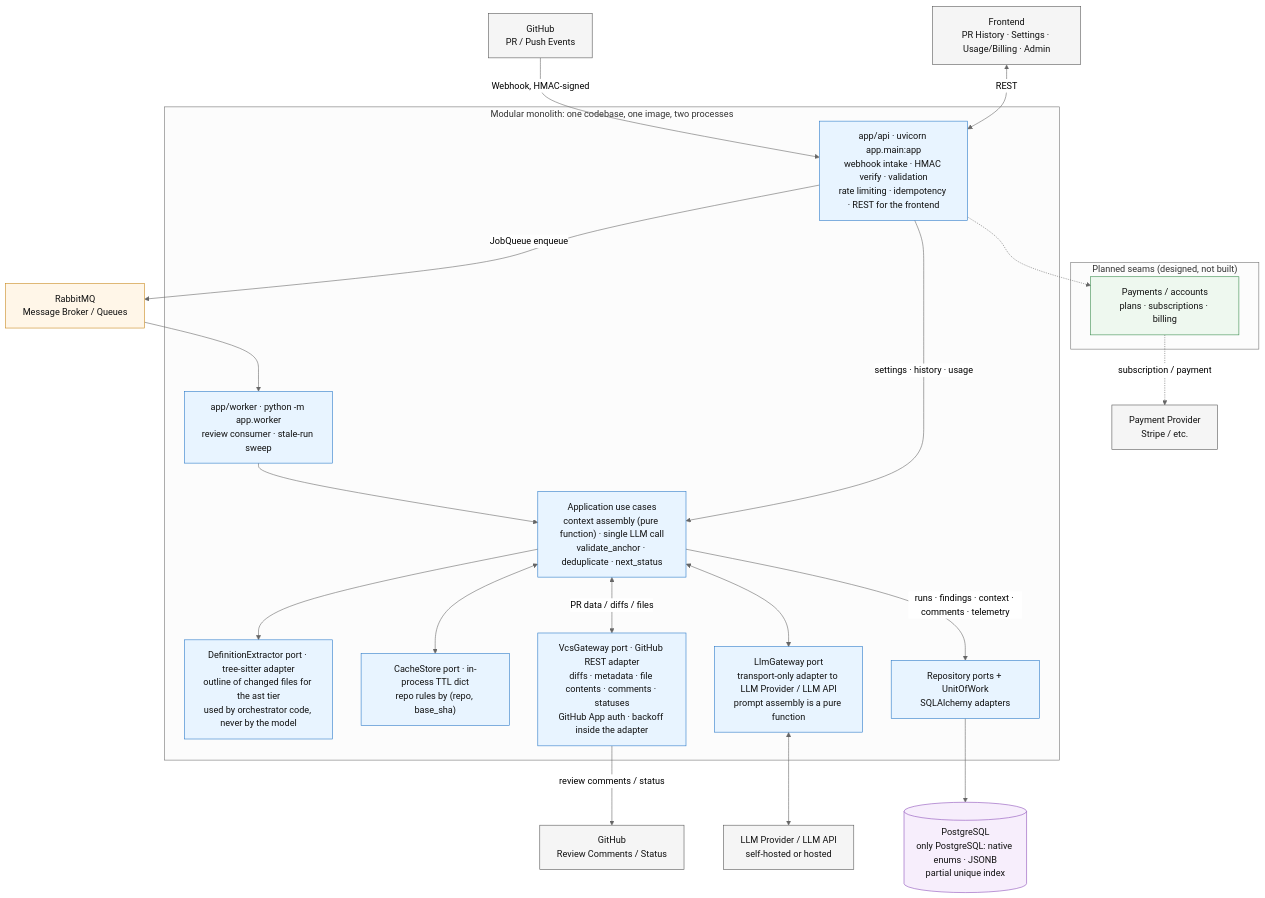
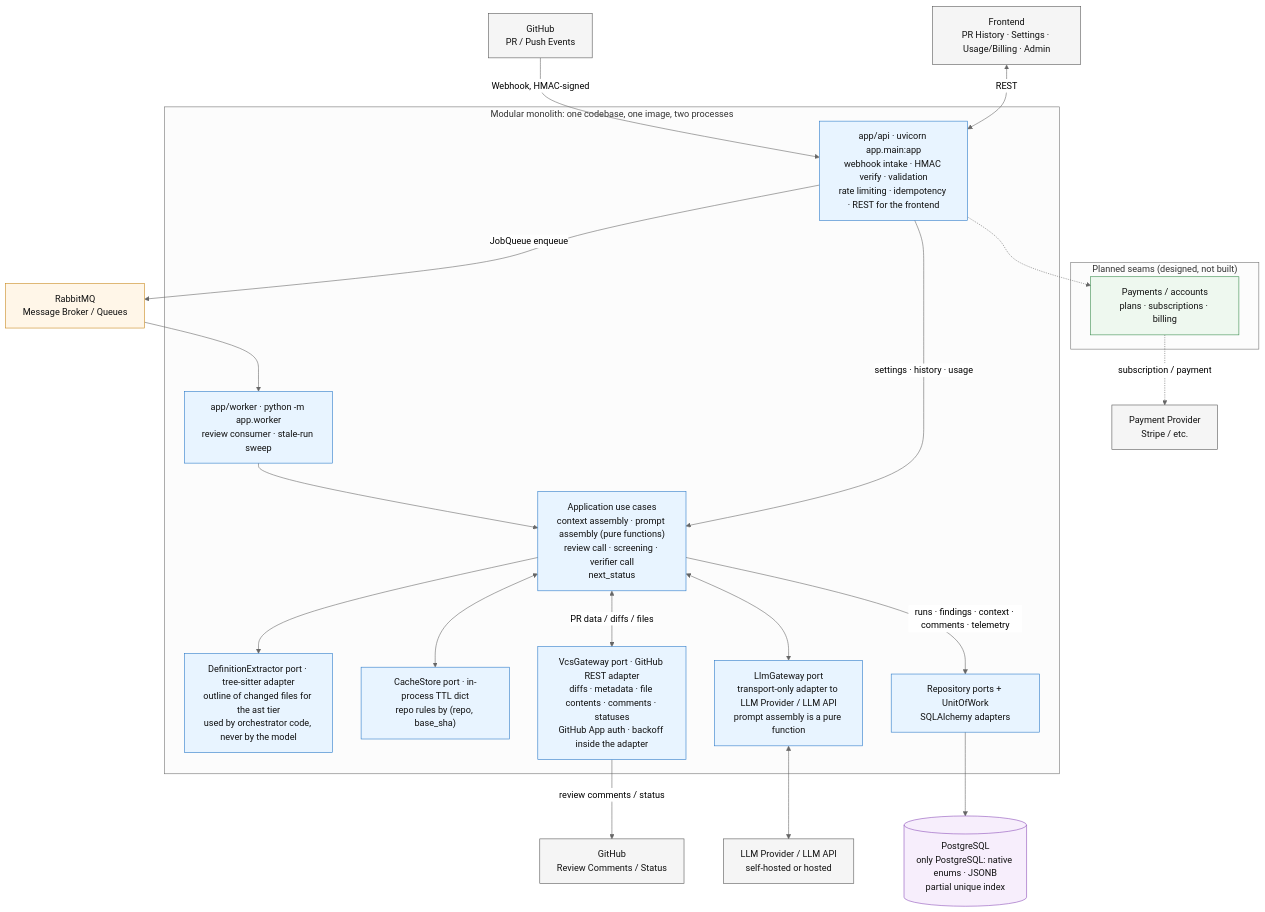
Before and after one commit to larchanka-training/dmc-268-api-t1: the diagram in docs/SYSTEM_DESIGN.md, drawn with Mermaid (neutral theme). The commit also changed other lines of this file and 7 other files, not shown here.

````diff
--- a/docs/SYSTEM_DESIGN.md
+++ b/docs/SYSTEM_DESIGN.md
@@ -9,69 +9,69 @@
 ```mermaid
 flowchart TB
     %% External
     GH[GitHub<br/>PR / Push Events]
     GHR[GitHub<br/>Review Comments / Status]
     PP[Payment Provider<br/>Stripe / etc.]
     LLM[LLM Provider / LLM API<br/>self-hosted or hosted]
     FE[Frontend<br/>PR History · Settings · Usage/Billing · Admin]
 
     %% Infrastructure
     MQ[RabbitMQ<br/>Message Broker / Queues]
     DB[(PostgreSQL<br/>only PostgreSQL: native enums · JSONB<br/>partial unique index)]
 
     %% Modular monolith
     subgraph MONOLITH["Modular monolith: one codebase, one image, two processes"]
         API["app/api · uvicorn app.main:app<br/>webhook intake · HMAC verify · validation<br/>rate limiting · idempotency · REST for the frontend"]
         WORKER["app/worker · python -m app.worker<br/>review consumer · stale-run sweep"]
-        ORCH["Application use cases<br/>context assembly (pure function) · single LLM call<br/>validate_anchor · deduplicate · next_status"]
+        ORCH["Application use cases<br/>context assembly · prompt assembly (pure functions)<br/>review call · screening · verifier call<br/>next_status"]
         PARSE["DefinitionExtractor port · tree-sitter adapter<br/>outline of changed files for the ast tier<br/>used by orchestrator code, never by the model"]
         CACHE["CacheStore port · in-process TTL dict<br/>repo rules by (repo, base_sha)"]
         VCS["VcsGateway port · GitHub REST adapter<br/>diffs · metadata · file contents · comments · statuses<br/>GitHub App auth · backoff inside the adapter"]
         LGW["LlmGateway port<br/>transport-only adapter to LLM Provider / LLM API<br/>prompt assembly is a pure function"]
         REPOS["Repository ports + UnitOfWork<br/>SQLAlchemy adapters"]
     end
 
     %% Planned seams
     subgraph PLANNED["Planned seams (designed, not built)"]
         PAY["Payments / accounts<br/>plans · subscriptions · billing"]
     end
 
     %% Event flow
     GH -->|Webhook, HMAC-signed| API
     FE <-->|REST| API
     API -->|JobQueue enqueue| MQ
     MQ --> WORKER
     WORKER --> ORCH
     API -->|settings · history · usage| ORCH
 
     %% VCS
     ORCH <-->|PR data / diffs / files| VCS
     ORCH --> PARSE
     ORCH <--> CACHE
     VCS -->|review comments / status| GHR
 
     %% LLM
     ORCH <--> LGW
     LGW <--> LLM
 
     %% Data and telemetry
     ORCH -->|runs · findings · context · comments · telemetry| REPOS
     REPOS --> DB
 
     %% Planned seams
     API -.-> PAY
     PAY -.->|subscription / payment| PP
 
     %% Styling
     classDef external fill:#f5f5f5,stroke:#555,color:#111;
     classDef core fill:#e8f4ff,stroke:#2878c8,color:#111;
     classDef planned fill:#eef8ef,stroke:#368a4a,color:#111;
     classDef infra fill:#fff6e8,stroke:#c88719,color:#111;
     classDef db fill:#f7eefc,stroke:#8a4db8,color:#111;
 
     class GH,GHR,PP,LLM,FE external;
     class API,WORKER,ORCH,VCS,LGW,REPOS,PARSE,CACHE core;
     class PAY planned;
     class MQ infra;
     class DB db;
 ```
````
